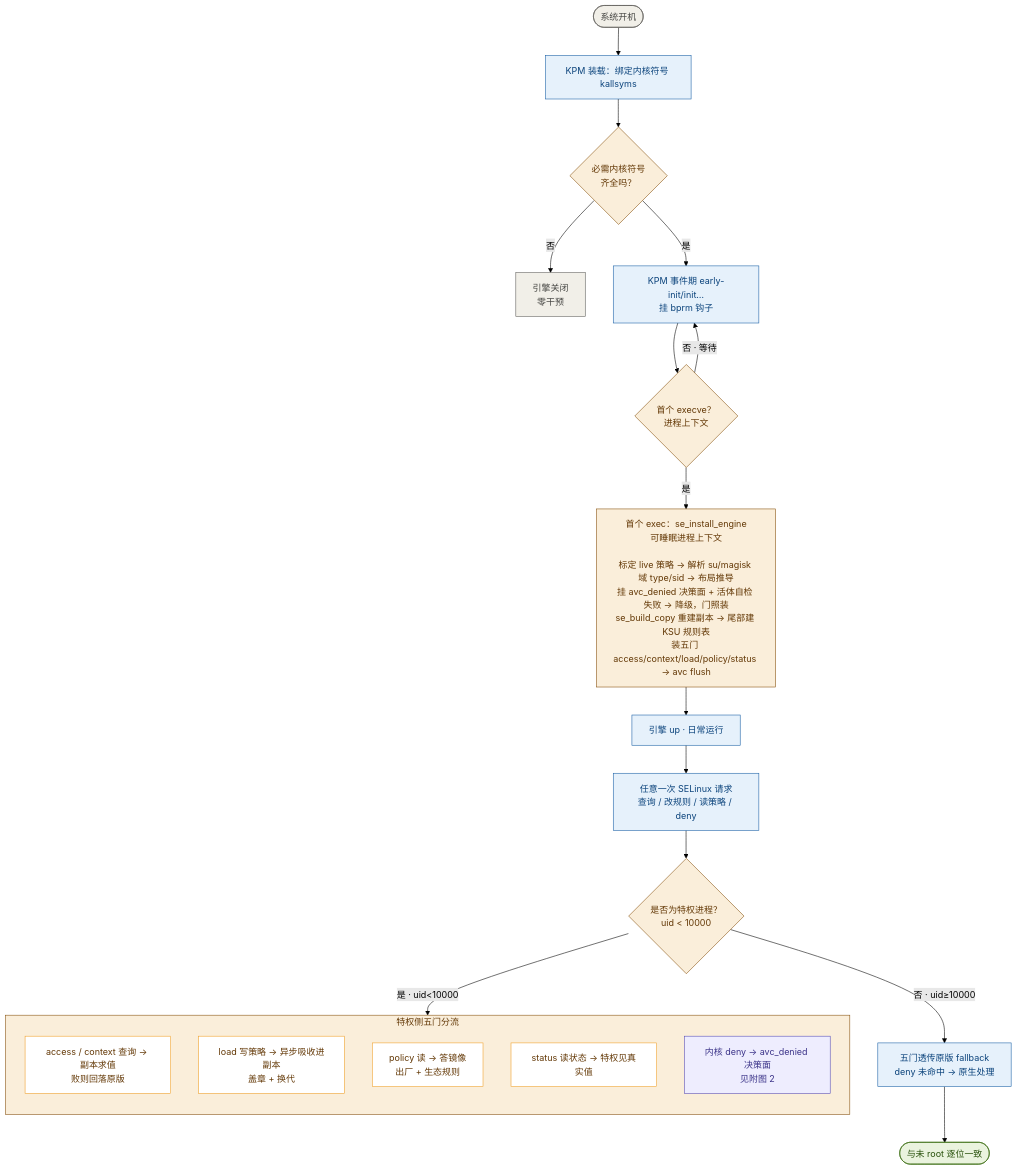
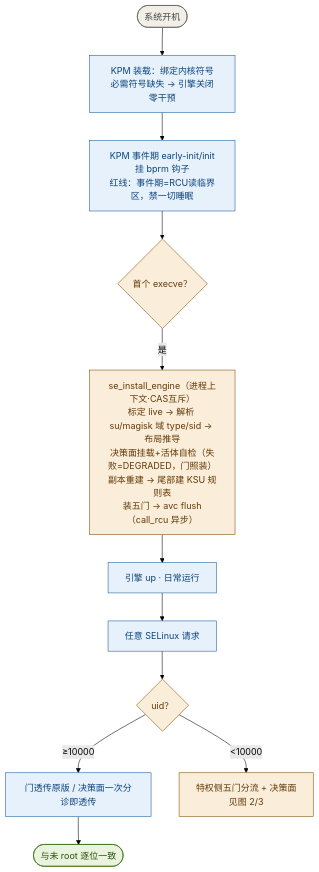
Before and after one commit to Lun-OS/SELinux_hide_Ind: the first of 2 diagrams in README.md, drawn with Mermaid (forest theme). The commit also changed other lines of this file, not shown here.

````diff
--- a/README.md
+++ b/README.md
@@ -23,34 +52,18 @@
 ```mermaid
 flowchart TD
     classDef blue fill:#E6F1FB,stroke:#185FA5,color:#0C447C
     classDef yellow fill:#FAEEDA,stroke:#854F0B,color:#633806
     classDef green fill:#EAF3DE,stroke:#3B6D11,color:#27500A
     classDef gray fill:#F1EFE8,stroke:#5F5E5A,color:#444441
-    classDef purple fill:#EEEDFE,stroke:#534AB7,color:#3C3489
-    classDef white fill:#FFFFFF,stroke:#EF9F27,color:#633806
 
-    A([系统开机]):::gray --> B[KPM 装载：绑定内核符号 kallsyms]:::blue
-    B --> C{必需内核符号<br/>齐全吗？}:::yellow
-    C -- 否 --> D[引擎关闭<br/>零干预]:::gray
-    C -- 是 --> E[KPM 事件期 early-init/init…<br/>挂 bprm 钩子]:::blue
-    E --> F{首个 execve？<br/>进程上下文}:::yellow
-    F -- 否 · 等待 --> E
-    F -- 是 --> G[首个 exec：se_install_engine<br/>可睡眠进程上下文<br/><br/>标定 live 策略 → 解析 su/magisk 域 type/sid → 布局推导<br/>挂 avc_denied 决策面 + 活体自检 失败 → 降级，门照装<br/>se_build_copy 重建副本 → 尾部建 KSU 规则表<br/>装五门 access/context/load/policy/status → avc flush]:::yellow
+    A([系统开机]):::gray --> B[KPM 装载：绑定内核符号<br/>必需符号缺失 → 引擎关闭零干预]:::blue
+    B --> E[KPM 事件期 early-init/init<br/>挂 bprm 钩子<br/>红线：事件期=RCU读临界区，禁一切睡眠]:::blue
+    E --> F{首个 execve？}:::yellow
+    F -- 是 --> G[se_install_engine（进程上下文·CAS互斥）<br/>标定 live → 解析 su/magisk 域 type/sid → 布局推导<br/>决策面挂载+活体自检（失败=DEGRADED，门照装）<br/>副本重建 → 尾部建 KSU 规则表<br/>装五门 → avc flush（call_rcu 异步）]:::yellow
     G --> H[引擎 up · 日常运行]:::blue
-    H --> I[任意一次 SELinux 请求<br/>查询 / 改规则 / 读策略 / deny]:::blue
-    I --> J{是否为特权进程？<br/>uid &lt; 10000}:::yellow
-    J -- 否 · uid≥10000 --> K[五门透传原版 fallback<br/>deny 未命中 → 原生处理]:::blue
+    H --> I[任意 SELinux 请求]:::blue
+    I --> J{uid？}:::yellow
+    J -- ≥10000 --> K[门透传原版 / 决策面一次分诊即透传]:::blue
     K --> L([与未 root 逐位一致]):::green
-    J -- 是 · uid&lt;10000 --> SG
-
-    subgraph SG["特权侧五门分流"]
-        direction TB
-        M1[access / context 查询 → 副本求值<br/>败则回落原版]:::white
-        M2[load 写策略 → 异步吸收进副本<br/>盖章 + 换代]:::white
-        M3[policy 读 → 答镜像<br/>出厂 + 生态规则]:::white
-        M4[status 读状态 → 特权见真实值]:::white
-        M5[内核 deny → avc_denied 决策面<br/>见附图 2]:::purple
-    end
-
-    class SG yellow
+    J -- <10000 --> SG[特权侧五门分流 + 决策面<br/>见图 2/3]:::yellow
 ```
````
